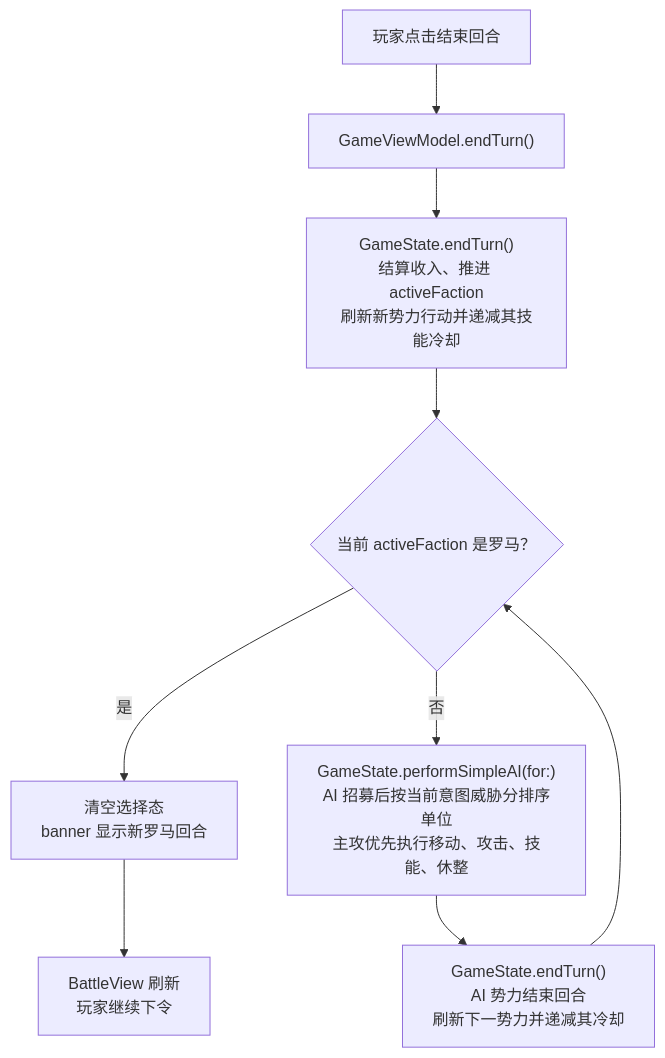
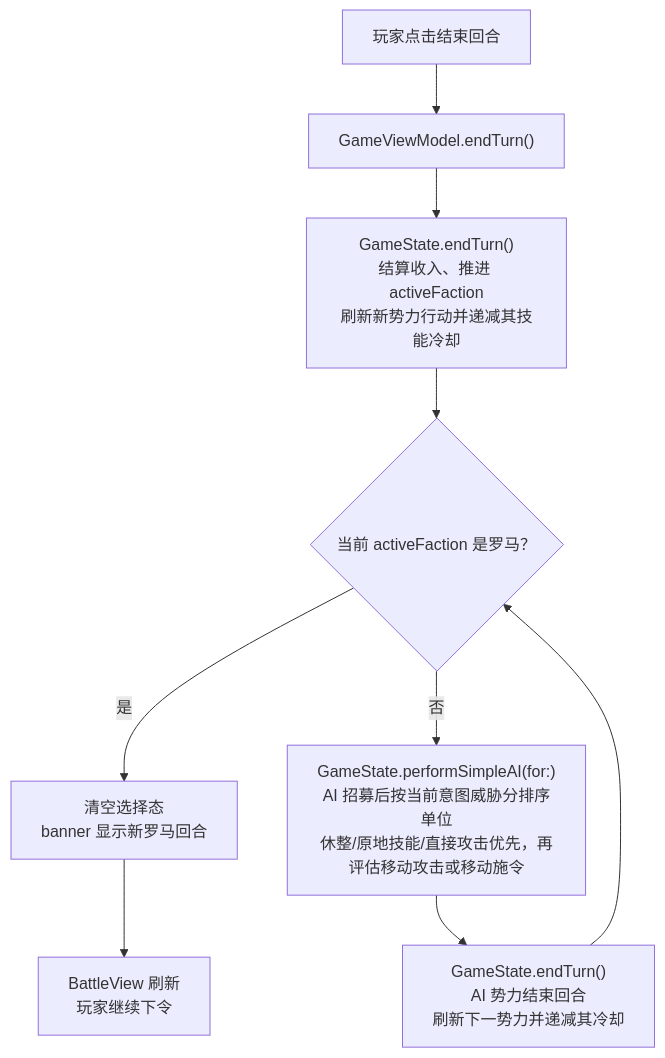
One commit to Altman-sam114/119 changed the third of 12 diagrams in md/flow/flowchart.md. Above: the diagram before and after it, drawn with Mermaid. The commit also changed other lines of this file and 9 other files, not shown here.

````diff
--- a/md/flow/flowchart.md
+++ b/md/flow/flowchart.md
@@ -51,11 +51,11 @@
 ```mermaid
 flowchart TD
     A["玩家点击结束回合"] --> B["GameViewModel.endTurn()"]
     B --> C["GameState.endTurn()<br/>结算收入、推进 activeFaction<br/>刷新新势力行动并递减其技能冷却"]
     C --> D{"当前 activeFaction 是罗马？"}
     D -->|是| E["清空选择态<br/>banner 显示新罗马回合"]
-    D -->|否| F["GameState.performSimpleAI(for:)<br/>AI 招募后按当前意图威胁分排序单位<br/>主攻优先执行移动、攻击、技能、休整"]
+    D -->|否| F["GameState.performSimpleAI(for:)<br/>AI 招募后按当前意图威胁分排序单位<br/>休整/原地技能/直接攻击优先，再评估移动攻击或移动施令"]
     F --> G["GameState.endTurn()<br/>AI 势力结束回合<br/>刷新下一势力并递减其冷却"]
     G --> D
     E --> H["BattleView 刷新<br/>玩家继续下令"]
 ```
````
